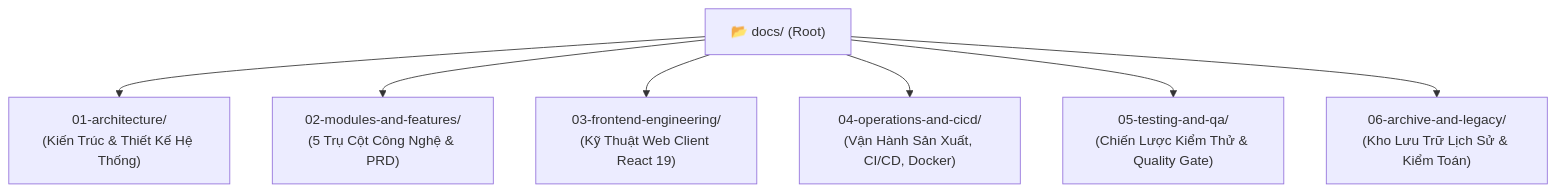
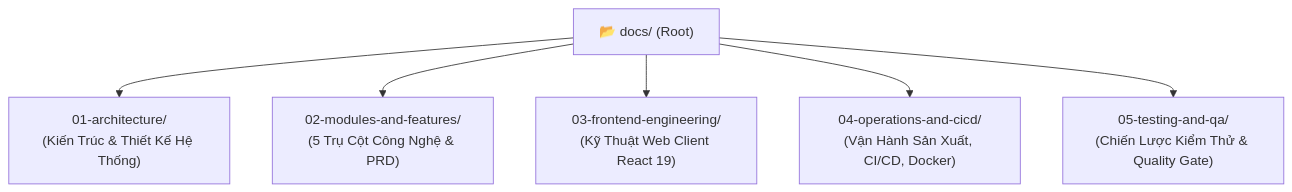
Before and after one commit to dammanhdungvn/VeriScholar: the diagram in docs/README.md, drawn with Mermaid. The commit also changed other lines of this file and 143 other files, not shown here.

Commit message:
docs(cleanup): purge legacy archive and standardize 5-tier documentation

````diff
--- a/docs/README.md
+++ b/docs/README.md
@@ -11,9 +11,8 @@
 ```mermaid
 flowchart TD
     Root["📂 docs/ (Root)"] --> S1["01-architecture/<br/>(Kiến Trúc & Thiết Kế Hệ Thống)"]
     Root --> S2["02-modules-and-features/<br/>(5 Trụ Cột Công Nghệ & PRD)"]
     Root --> S3["03-frontend-engineering/<br/>(Kỹ Thuật Web Client React 19)"]
     Root --> S4["04-operations-and-cicd/<br/>(Vận Hành Sản Xuất, CI/CD, Docker)"]
     Root --> S5["05-testing-and-qa/<br/>(Chiến Lược Kiểm Thử & Quality Gate)"]
-    Root --> S6["06-archive-and-legacy/<br/>(Kho Lưu Trữ Lịch Sử & Kiểm Toán)"]
 ```
````
